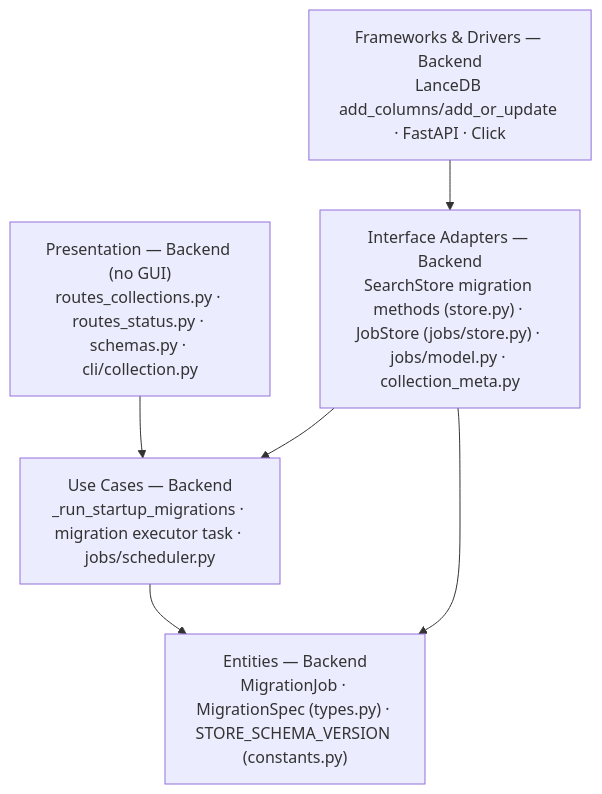
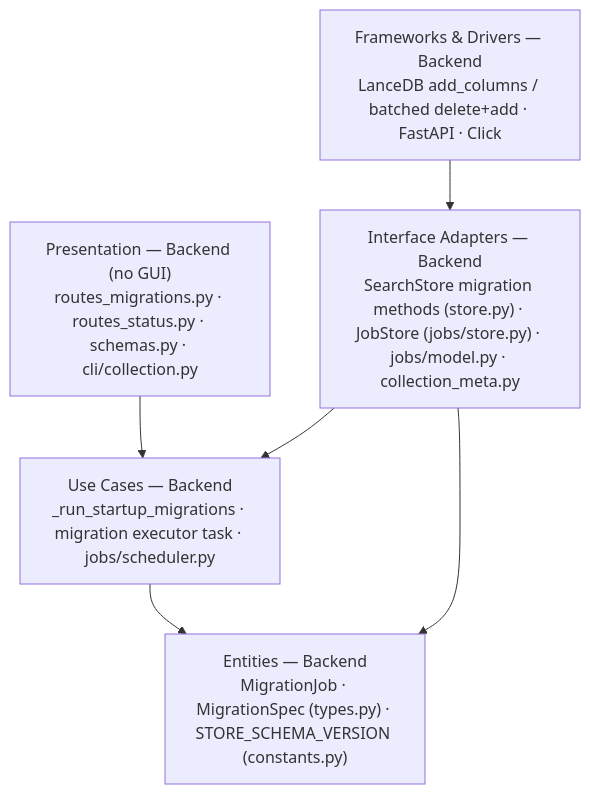
The first of 2 diagrams in Documentation/Backlog/D3-schema-migration-tooling-team-plan.md (user538295/archon-search), drawn with Mermaid before and after one commit. The commit also changed other lines of this file, not shown here.

````diff
--- a/Documentation/Backlog/D3-schema-migration-tooling-team-plan.md
+++ b/Documentation/Backlog/D3-schema-migration-tooling-team-plan.md
@@ -91,13 +96,13 @@
 ```mermaid
 flowchart TD
-  P["Presentation — Backend (no GUI)<br/>routes_collections.py · routes_status.py · schemas.py · cli/collection.py"]
+  P["Presentation — Backend (no GUI)<br/>routes_migrations.py · routes_status.py · schemas.py · cli/collection.py"]
   UC["Use Cases — Backend<br/>_run_startup_migrations · migration executor task · jobs/scheduler.py"]
   AD["Interface Adapters — Backend<br/>SearchStore migration methods (store.py) · JobStore (jobs/store.py) · jobs/model.py · collection_meta.py"]
   EN["Entities — Backend<br/>MigrationJob · MigrationSpec (types.py) · STORE_SCHEMA_VERSION (constants.py)"]
-  FW["Frameworks & Drivers — Backend<br/>LanceDB add_columns/add_or_update · FastAPI · Click"]
+  FW["Frameworks & Drivers — Backend<br/>LanceDB add_columns / batched delete+add · FastAPI · Click"]
   P --> UC
   UC --> EN
   AD --> UC
   AD --> EN
   FW --> AD
 ```
````
